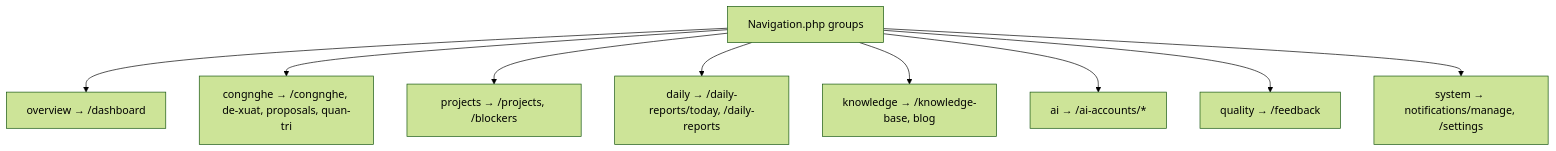
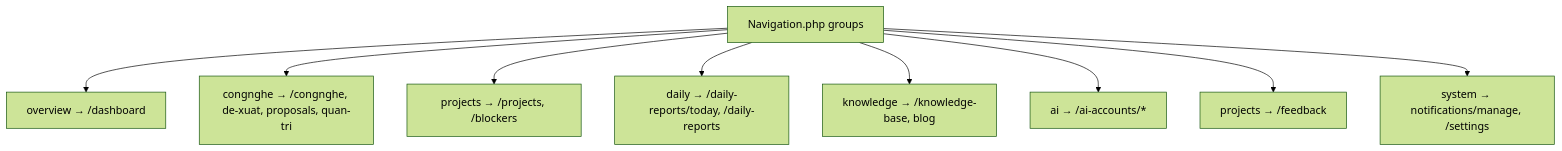
The fourth of 10 diagrams in docs/FLOWS_AND_DOCS_MAP.md (EasyToBuildWithKane/va-qlda), drawn with Mermaid (forest theme) before and after one commit. The commit also changed 55 other files, not shown here.

````diff
--- a/docs/FLOWS_AND_DOCS_MAP.md
+++ b/docs/FLOWS_AND_DOCS_MAP.md
@@ -116,12 +116,12 @@
 ```mermaid
 flowchart TB
   NAV[Navigation.php groups]
   NAV --> O[overview → /dashboard]
   NAV --> CN[congnghe → /congnghe, de-xuat, proposals, quan-tri]
   NAV --> PJ[projects → /projects, /blockers]
   NAV --> DR[daily → /daily-reports/today, /daily-reports]
   NAV --> KN[knowledge → /knowledge-base, blog]
   NAV --> AI[ai → /ai-accounts/*]
-  NAV --> QL[quality → /feedback]
+  NAV --> FB[projects → /feedback]
   NAV --> SY[system → notifications/manage, /settings]
 ```
````
